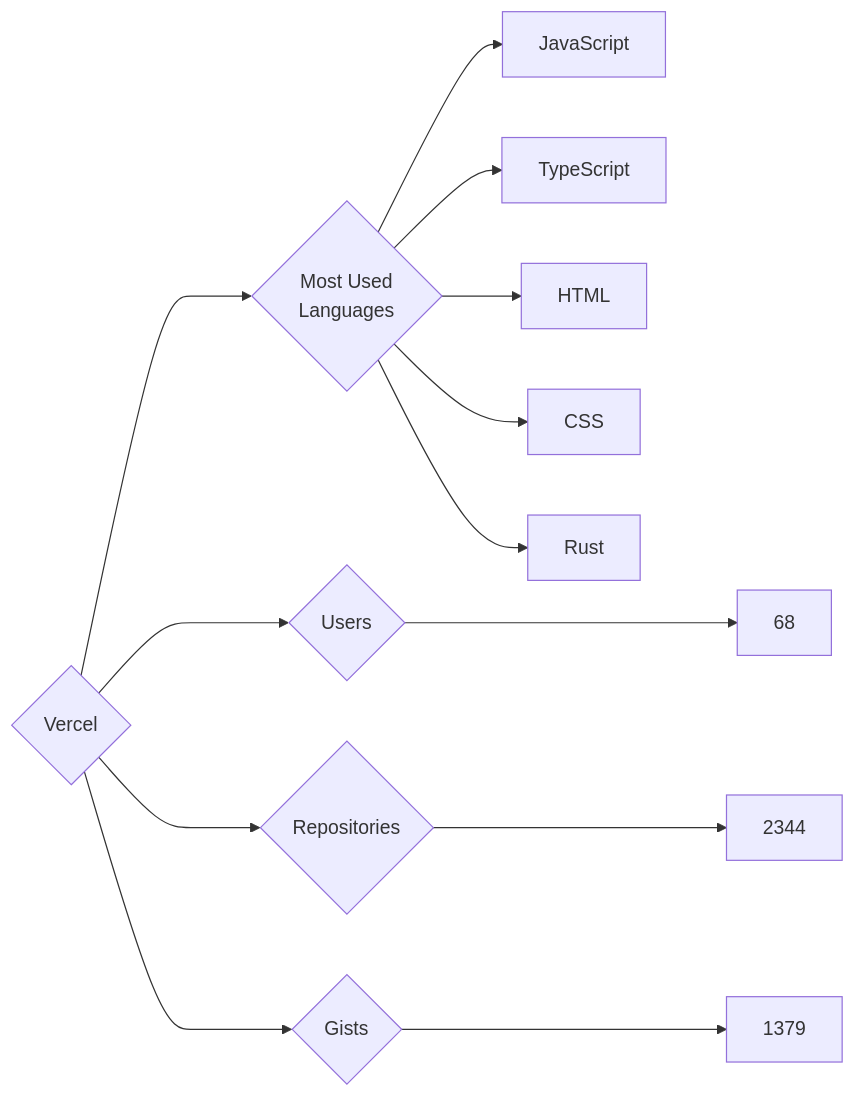
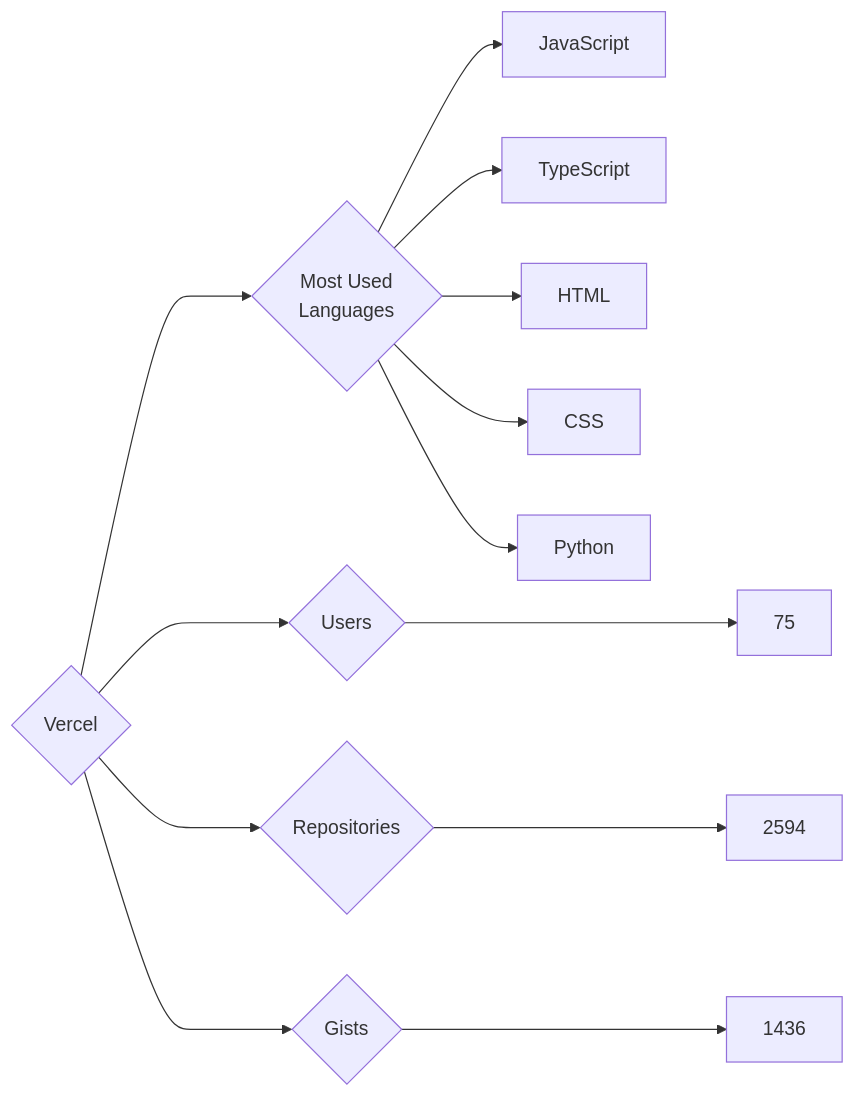
Before and after one commit to trickest/insiders: the diagram in targets/Vercel/README.md, drawn with Mermaid. The commit also changed 970 other files, not shown here.

````diff
--- a/targets/Vercel/README.md
+++ b/targets/Vercel/README.md
@@ -3,13 +3,13 @@
 ```mermaid
 graph LR
 COMPANY_NAME{Vercel}
-COMPANY_NAME ---> U{Users} ---> UN[68]
-COMPANY_NAME ---> R{Repositories} ---> RN[2344]
-COMPANY_NAME ---> G{Gists} ---> GN[1379]
+COMPANY_NAME ---> U{Users} ---> UN[75]
+COMPANY_NAME ---> R{Repositories} ---> RN[2594]
+COMPANY_NAME ---> G{Gists} ---> GN[1436]
 COMPANY_NAME ---> ML{Most Used<br>Languages}
 ML --> JavaScript[JavaScript]
 ML --> TypeScript[TypeScript]
 ML --> HTML[HTML]
 ML --> CSS[CSS]
-ML --> Rust[Rust]
+ML --> Python[Python]
 ```
````
